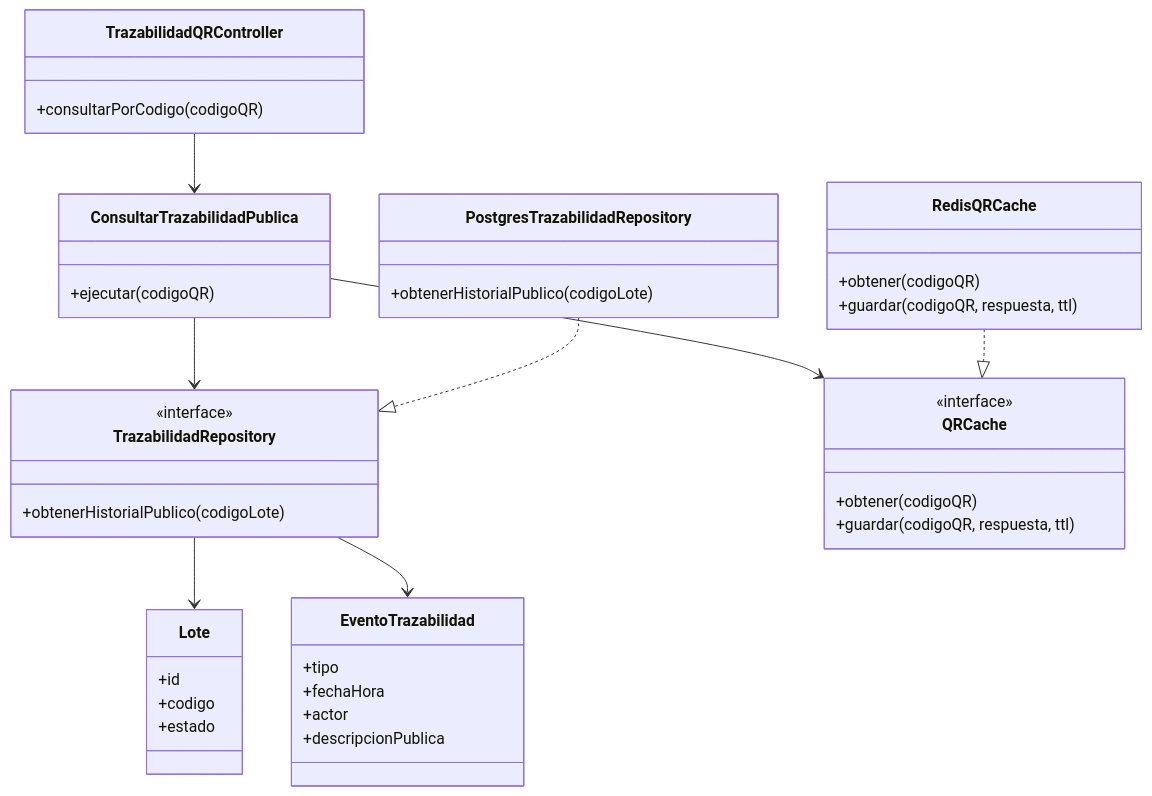
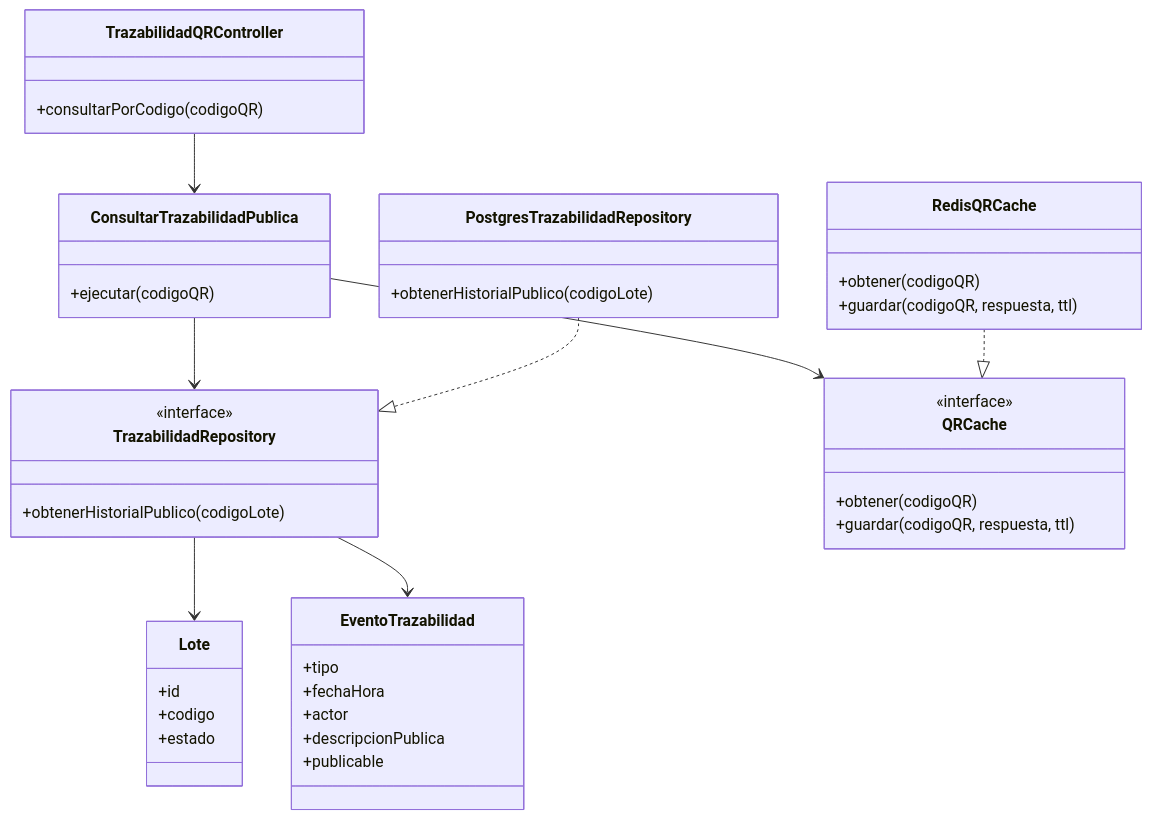
One commit to carlosgaraundo27-svg/Trazabilidad-Agricola-Arquitectura changed the fourth of 4 diagrams in docs/04-modelo-c4/modelo-c4.md. Above: the diagram before and after it, drawn with Mermaid. The commit also changed other lines of this file and 4 other files, not shown here.

```diff
--- a/docs/04-modelo-c4/modelo-c4.md
+++ b/docs/04-modelo-c4/modelo-c4.md
@@ -166,44 +170,45 @@
 ~~~mermaid
 classDiagram
     class TrazabilidadQRController {
       +consultarPorCodigo(codigoQR)
     }
     class ConsultarTrazabilidadPublica {
       +ejecutar(codigoQR)
     }
     class TrazabilidadRepository {
       <<interface>>
       +obtenerHistorialPublico(codigoLote)
     }
     class QRCache {
       <<interface>>
       +obtener(codigoQR)
       +guardar(codigoQR, respuesta, ttl)
     }
     class PostgresTrazabilidadRepository {
       +obtenerHistorialPublico(codigoLote)
     }
     class RedisQRCache {
       +obtener(codigoQR)
       +guardar(codigoQR, respuesta, ttl)
     }
     class Lote {
       +id
       +codigo
       +estado
     }
     class EventoTrazabilidad {
       +tipo
       +fechaHora
       +actor
       +descripcionPublica
+      +publicable
     }
 
     TrazabilidadQRController --> ConsultarTrazabilidadPublica
     ConsultarTrazabilidadPublica --> TrazabilidadRepository
     ConsultarTrazabilidadPublica --> QRCache
     PostgresTrazabilidadRepository ..|> TrazabilidadRepository
     RedisQRCache ..|> QRCache
     TrazabilidadRepository --> Lote
     TrazabilidadRepository --> EventoTrazabilidad
 ~~~
```
